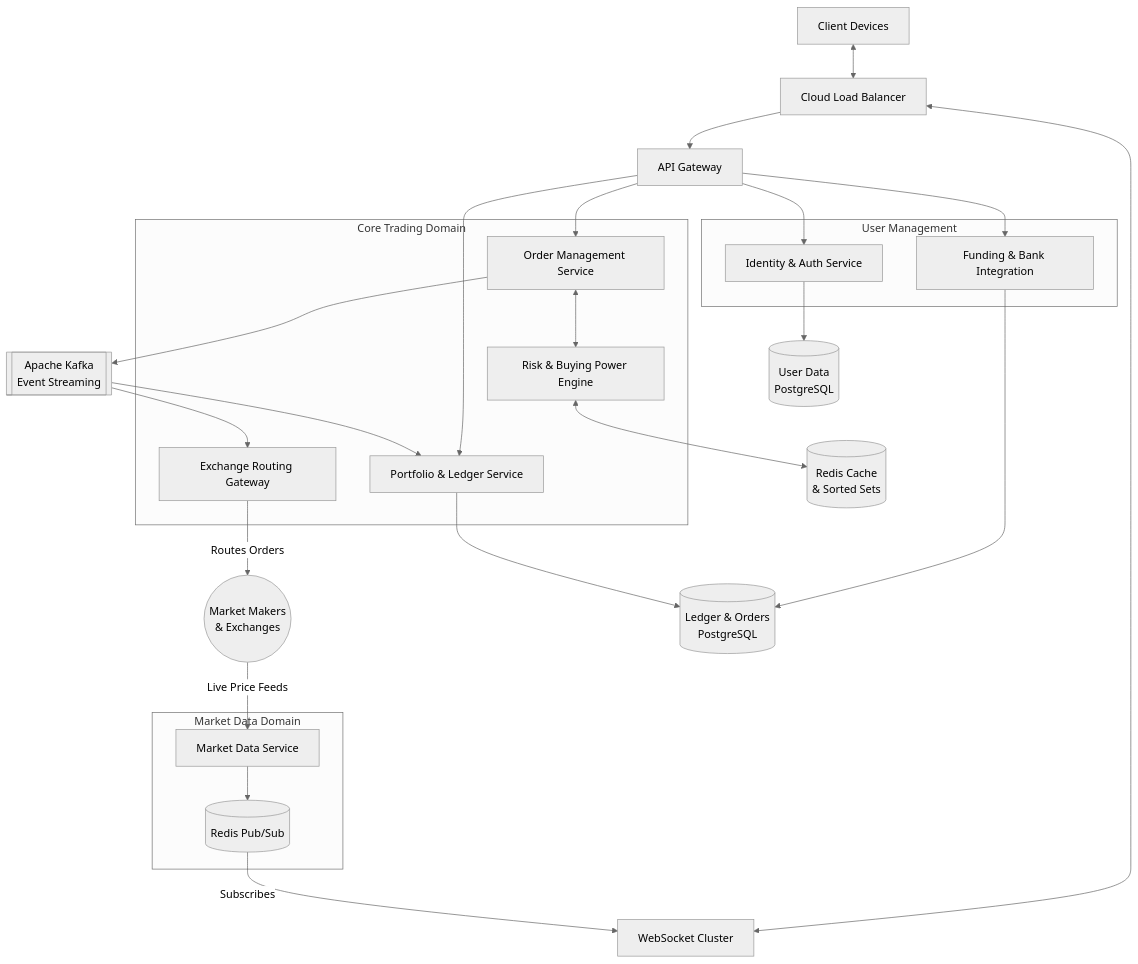
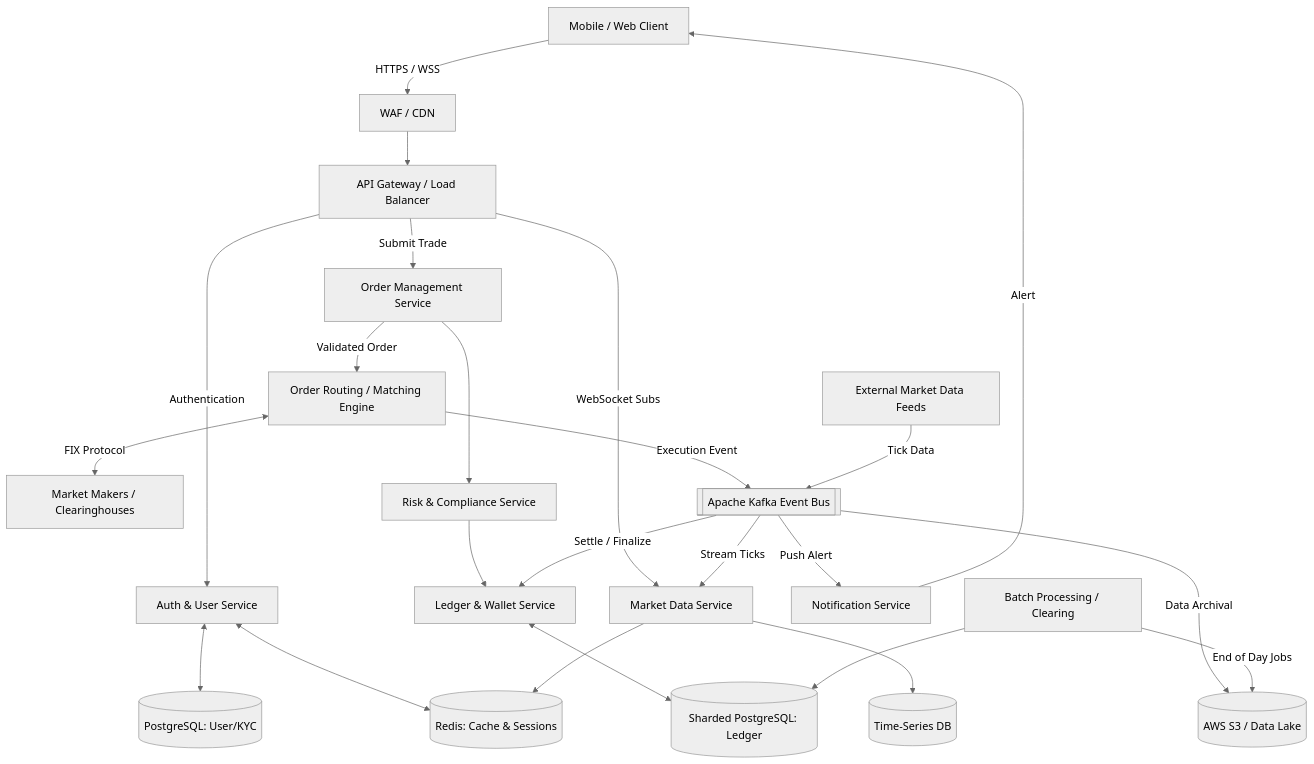
One commit to AdrianTorjKobza/System_Design changed the diagram in Design_Robinhood.md. Above: the diagram before and after it, drawn with Mermaid (neutral theme). The commit also changed other lines of this file, not shown here.

````diff
--- a/Design_Robinhood.md
+++ b/Design_Robinhood.md
@@ -10,70 +8,61 @@
 ```mermaid
-flowchart TB
+graph TD
     %% External Entities
-    Client[Client Devices]
-    Exchanges((Market Makers\n& Exchanges))
-    
-    %% Entrypoints
-    LB[Cloud Load Balancer]
-    API[API Gateway]
-    WS[WebSocket Cluster]
-    
-    %% Microservices - Market Data
-    subgraph Market Data Domain
-        MDS[Market Data Service]
-        RedisPubSub[(Redis Pub/Sub)]
-    end
-    
-    %% Microservices - Core Trading
-    subgraph Core Trading Domain
-        OMS[Order Management Service]
-        Risk[Risk & Buying Power Engine]
-        Port[Portfolio & Ledger Service]
-        Gtwy[Exchange Routing Gateway]
-    end
-    
-    %% Microservices - User & Funding
-    subgraph User Management
-        Auth[Identity & Auth Service]
-        Fund[Funding & Bank Integration]
-    end
-    
-    %% Event Broker
-    Kafka[[Apache Kafka\nEvent Streaming]]
-    
-    %% Data Stores
-    UserDB[(User Data\nPostgreSQL)]
-    LedgerDB[(Ledger & Orders\nPostgreSQL)]
-    Cache[(Redis Cache\n& Sorted Sets)]
+    Client[Mobile / Web Client]
+    MM[Market Makers / Clearinghouses]
+    Feeds[External Market Data Feeds]
 
-    %% Traffic Flow - User/Client
-    Client <--> LB
-    LB --> API
-    LB <--> WS
-    
-    %% Market Data Flow
-    Exchanges -- Live Price Feeds --> MDS
-    MDS --> RedisPubSub
-    RedisPubSub -- Subscribes --> WS
-    
-    %% API Routing
-    API --> Auth
-    API --> Fund
-    API --> OMS
-    API --> Port
-    
-    %% Core Trading Flow
-    OMS <--> Risk
-    Risk <--> Cache
-    OMS --> Kafka
-    Kafka --> Gtwy
-    Kafka --> Port
-    
-    %% Gateway to Exchange
-    Gtwy -- Routes Orders --> Exchanges
-    
-    %% Database connections
-    Auth --> UserDB
-    Fund --> LedgerDB
-    Port --> LedgerDB
+    %% Edge
+    WAF[WAF / CDN]
+    API[API Gateway / Load Balancer]
+
+    %% Microservices (Kubernetes)
+    Auth[Auth & User Service]
+    OMS[Order Management Service]
+    Risk[Risk & Compliance Service]
+    Ledger[Ledger & Wallet Service]
+    Router[Order Routing / Matching Engine]
+    MarketData[Market Data Service]
+    Notify[Notification Service]
+    Batch[Batch Processing / Clearing]
+
+    %% Infrastructure & Data Stores
+    Kafka[[Apache Kafka Event Bus]]
+    DB_Auth[(PostgreSQL: User/KYC)]
+    DB_Ledger[(Sharded PostgreSQL: Ledger)]
+    Redis[(Redis: Cache & Sessions)]
+    TSDB[(Time-Series DB)]
+    S3[(AWS S3 / Data Lake)]
+
+    %% Flow
+    Client -->|HTTPS / WSS| WAF
+    WAF --> API
+
+    API -->|Authentication| Auth
+    API -->|Submit Trade| OMS
+    API -->|WebSocket Subs| MarketData
+
+    Auth <--> DB_Auth
+    Auth <--> Redis
+
+    OMS --> Risk
+    Risk --> Ledger
+    Ledger <--> DB_Ledger
+
+    OMS -->|Validated Order| Router
+    Router <-->|FIX Protocol| MM
+    Router -->|Execution Event| Kafka
+
+    Feeds -->|Tick Data| Kafka
+    Kafka -->|Stream Ticks| MarketData
+    MarketData --> TSDB
+    MarketData --> Redis
+
+    Kafka -->|Settle / Finalize| Ledger
+    Kafka -->|Push Alert| Notify
+    Notify -->|Alert| Client
+
+    Kafka -->|Data Archival| S3
+    Batch -->|End of Day Jobs| S3
+    Batch --> DB_Ledger
 ```
````
